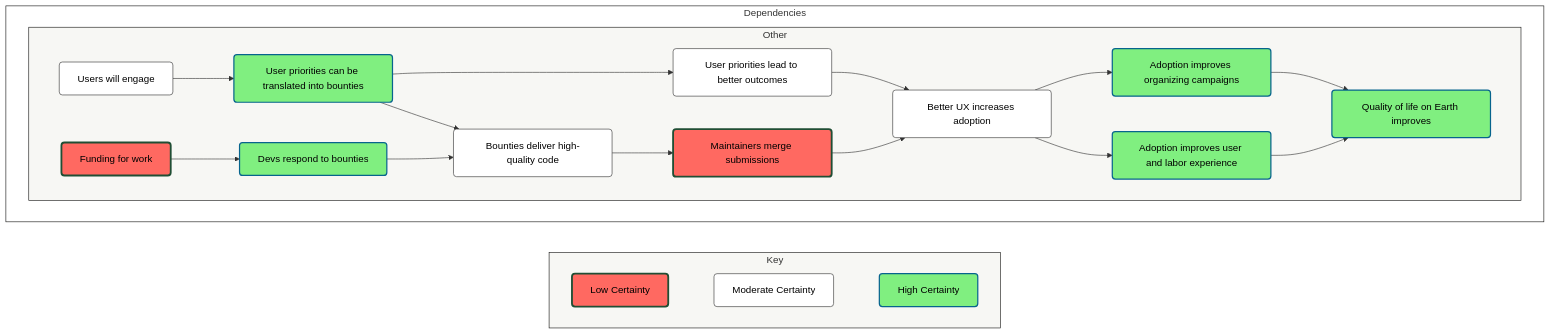
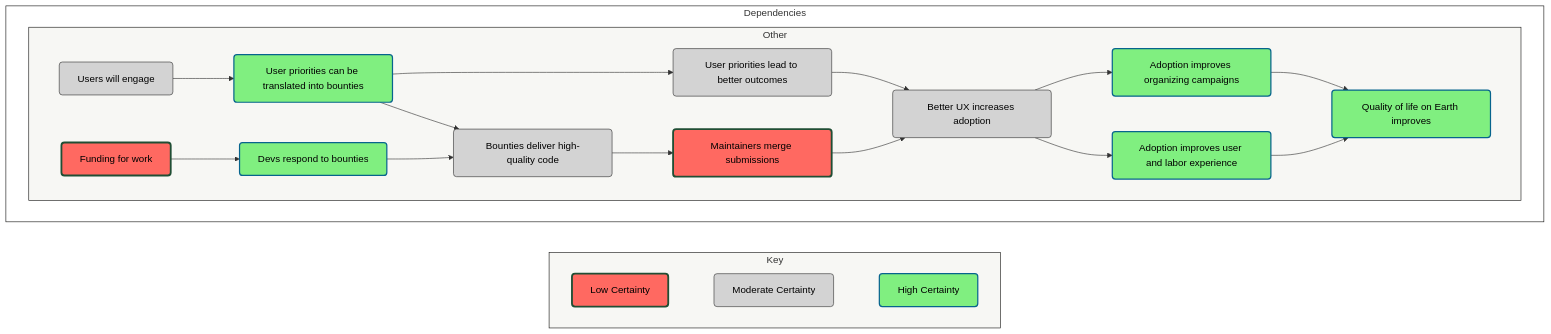
The diagram in documentation/hypotheses_diagram.md (simpler-coop/simpler-template), drawn with Mermaid before and after one commit.

Commit message:
Coloring moderate certainty

````diff
--- a/documentation/hypotheses_diagram.md
+++ b/documentation/hypotheses_diagram.md
@@ -1,66 +1,66 @@
 ```mermaid
 
 flowchart LR
 
   %% ─────────────────────────────
   %% Styles
   %% ─────────────────────────────
-  classDef default fill:#fff,stroke:#333,stroke-width:1px,color:#000,rx:5,ry:5
+  classDef default fill:#D3D3D3,stroke:#333,stroke-width:1px,color:#000,rx:5,ry:5
   classDef HighCertainty fill:#80EF80,stroke:#07648d,stroke-width:2px,color:#000
   classDef LowCertainty fill:#FF6961,stroke:#204e34,stroke-width:3px,color:#000
   style Canvas fill:transparent,stroke:#171716
   style Legend fill:#F7F7F4,stroke:#171716
   style other fill:#F7F7F4,stroke:#171716
 
   %% ─────────────────────────────
   %% Legend
   %% ─────────────────────────────
   subgraph Legend["Key"]
     direction LR
     k3["Low Certainty"]:::LowCertainty
     k1["Moderate Certainty"]
     k2["High Certainty"]:::HighCertainty
 
     %% Invisible links to force horizontal alignment
     k3 ~~~ k1 ~~~ k2
   end
 
   %% ─────────────────────────────
   %% Main canvas
   %% ─────────────────────────────
   subgraph Canvas["Dependencies"]
     direction LR
 
     subgraph other["Other"]
     direction LR
         users["Users will engage"]
         userPriorities["User priorities lead to better outcomes"]
         translate["User priorities can be translated into bounties"]:::HighCertainty
         funding["Funding for work"]:::LowCertainty
         developers["Devs respond to bounties"]:::HighCertainty
         quality["Bounties deliver high-quality code"]
         merge["Maintainers merge submissions"]:::LowCertainty
         uxAdoption["Better UX increases adoption"]
         politics["Adoption improves organizing campaigns"]:::HighCertainty
         userJoy["Adoption improves user and labor experience"]:::HighCertainty
         material["Quality of life on Earth improves"]:::HighCertainty
     end
 
 
     %% ─────────────────────────────
     %% Relationships
     %% ─────────────────────────────
     users --> translate
     translate --> quality
     translate --> userPriorities --> uxAdoption
     funding --> developers 
     developers --> quality 
     quality --> merge 
     merge --> uxAdoption 
     uxAdoption --> politics
     uxAdoption --> userJoy
     politics --> material
     userJoy --> material
   end
 
 ```
````
